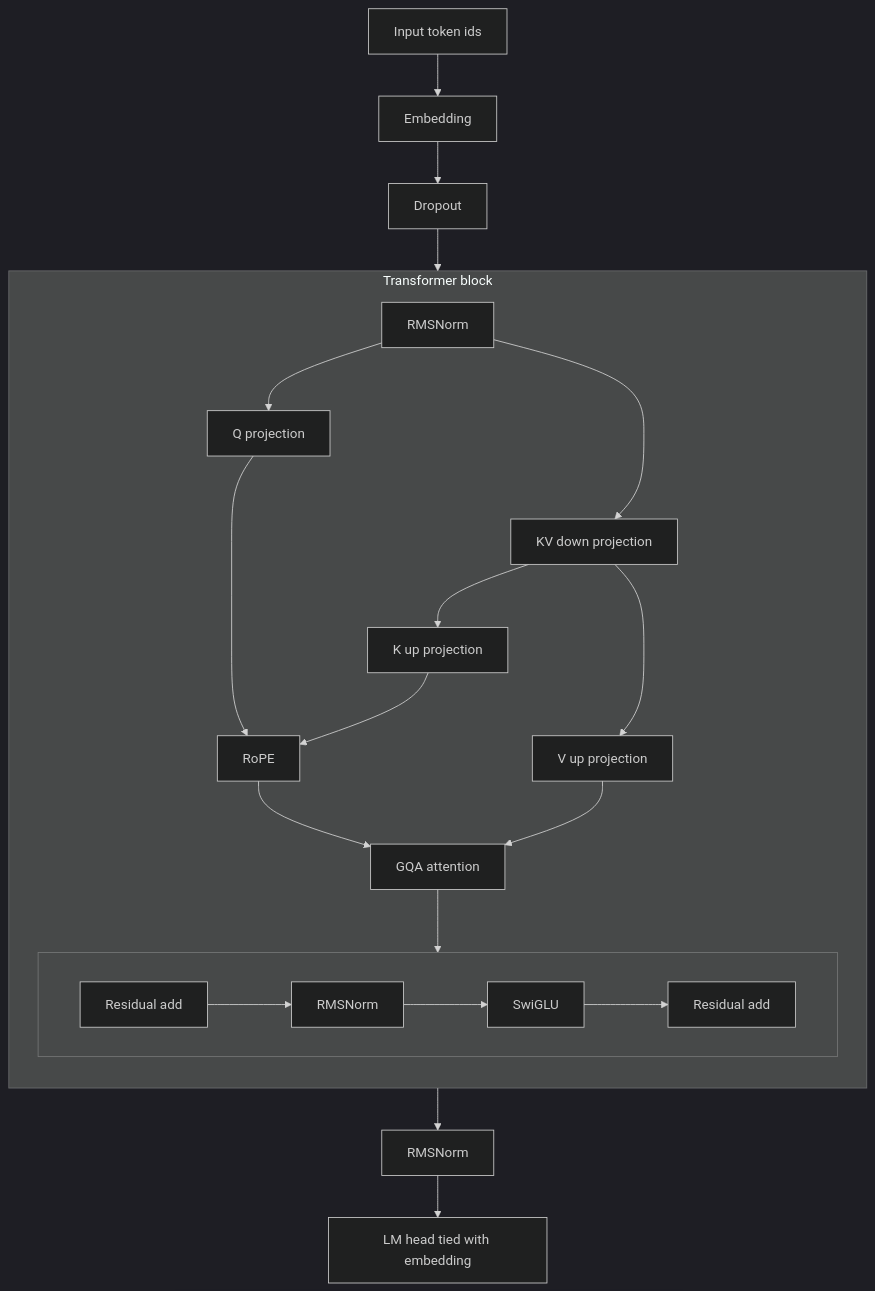
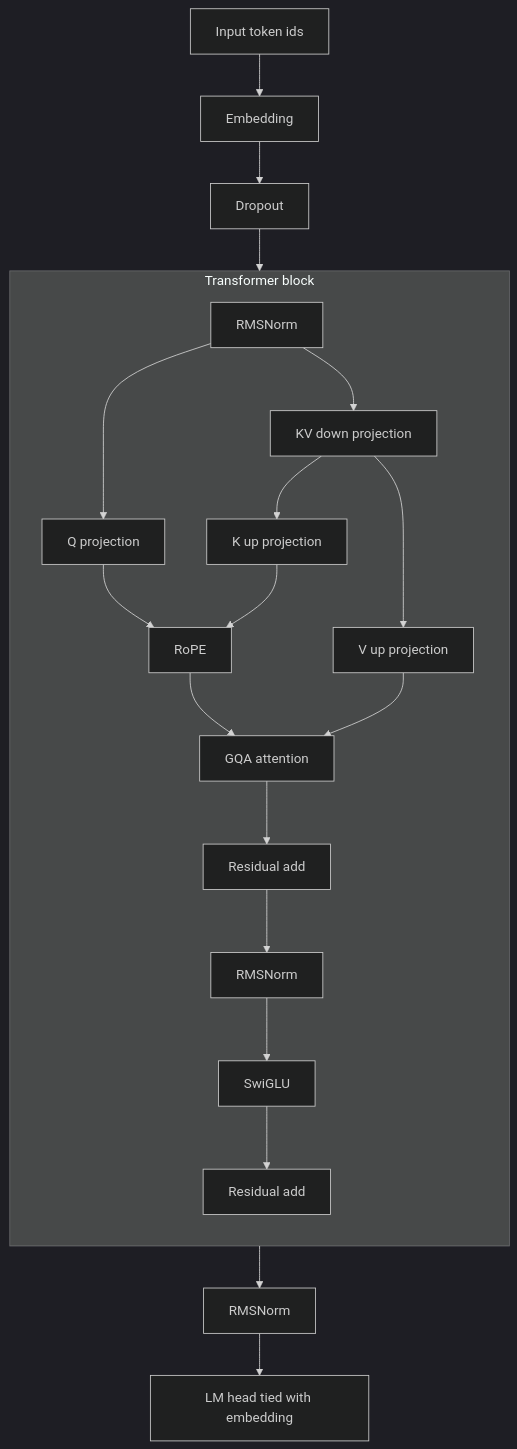
The diagram in README.md (pymlex/poetru), drawn with Mermaid (dark theme) before and after one commit. The commit also changed other lines of this file, not shown here.

````diff
--- a/README.md
+++ b/README.md
@@ -40,32 +40,33 @@
 ```mermaid
 flowchart TB
-    A[Input token ids] --> B[Embedding] --> C[Dropout] --> D[Transformer block x12] --> E[RMSNorm] --> F[LM head tied with embedding]
+    A[Input token ids] --> B[Embedding]
+    B --> C[Dropout]
+    C --> D[Transformer block x12]
+    D --> E[RMSNorm]
+    E --> F[LM head tied with embedding]
 
     subgraph D[Transformer block]
         direction TB
         D1[RMSNorm]
-        
         D2[Q projection]
         D3[KV down projection]
-        D2 ~~~ D3
-        
         D4[K up projection]
         D5[V up projection]
-        D4 ~~~ D5
-        
         D6[RoPE]
         D7[GQA attention]
+        D8[Residual add]
+        D9[RMSNorm]
+        D10[SwiGLU]
+        D11[Residual add]
+
+        D1 --> D2
+        D1 --> D3
+        D3 --> D4
+        D3 --> D5
+        D2 --> D6
+        D4 --> D6
         D6 --> D7
-
-        subgraph Layers [ ]
-            direction LR
-            D8[Residual add] --> D9[RMSNorm] --> D10[SwiGLU] --> D11[Residual add]
-        end
-
-        D1 --> D2 & D3
-        D3 --> D4 & D5
-        D2 & D4 --> D6
         D5 --> D7
-        D7 --> D8
+        D7 --> D8 --> D9 --> D10 --> D11
     end
 ```
````
